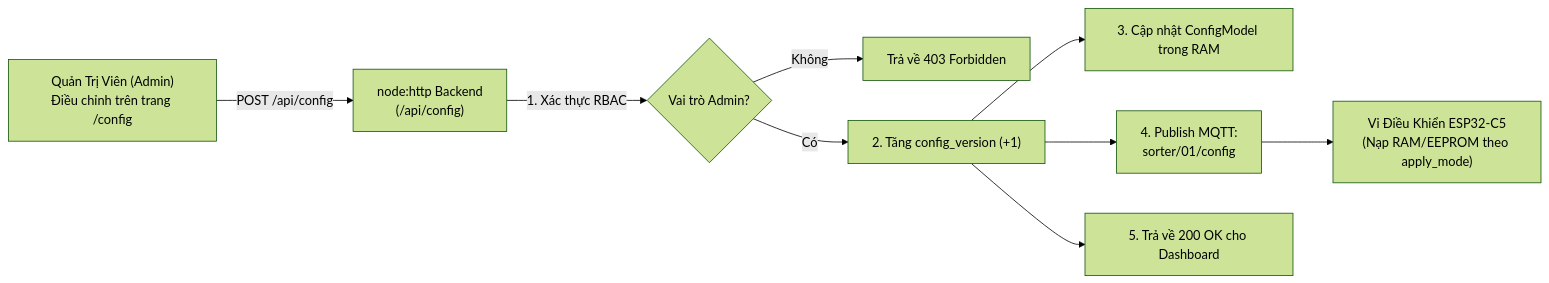
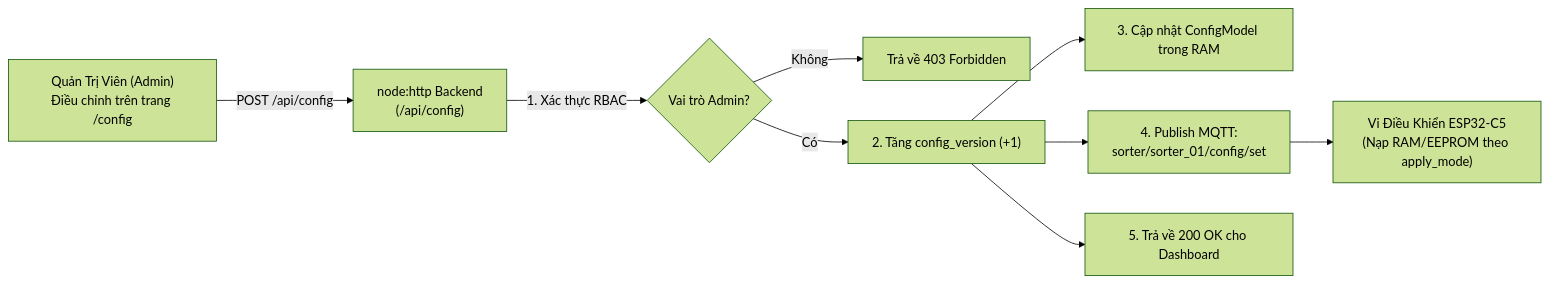
One commit to duyphong375/PBL3-SortiX-Med changed the third of 3 diagrams in SortiX-Dashboard/docs/api.md. Above: the diagram before and after it, drawn with Mermaid (forest theme). The commit also changed other lines of this file and 3111 other files, not shown here.

````diff
--- a/SortiX-Dashboard/docs/api.md
+++ b/SortiX-Dashboard/docs/api.md
@@ -152,11 +156,11 @@
 ```mermaid
 flowchart LR
     A["Quản Trị Viên (Admin)\nĐiều chỉnh trên trang /config"] -->|POST /api/config| B["node:http Backend\n(/api/config)"]
     B -->|1. Xác thực RBAC| C{"Vai trò Admin?"}
     C -- Không --> D["Trả về 403 Forbidden"]
     C -- Có --> E["2. Tăng config_version (+1)"]
     E --> F["3. Cập nhật ConfigModel trong RAM"]
-    E --> G["4. Publish MQTT:\nsorter/01/config"]
+    E --> G["4. Publish MQTT:\nsorter/sorter_01/config/set"]
     G --> H["Vi Điều Khiển ESP32-C5\n(Nạp RAM/EEPROM theo apply_mode)"]
     E --> I["5. Trả về 200 OK cho Dashboard"]
 ```
````
